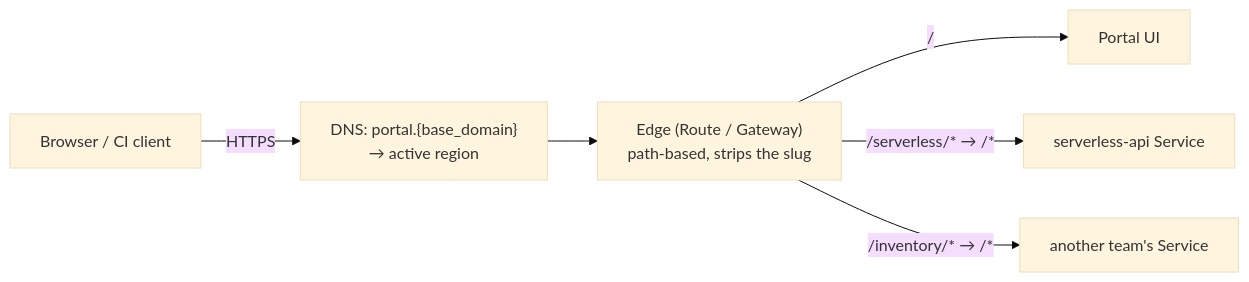
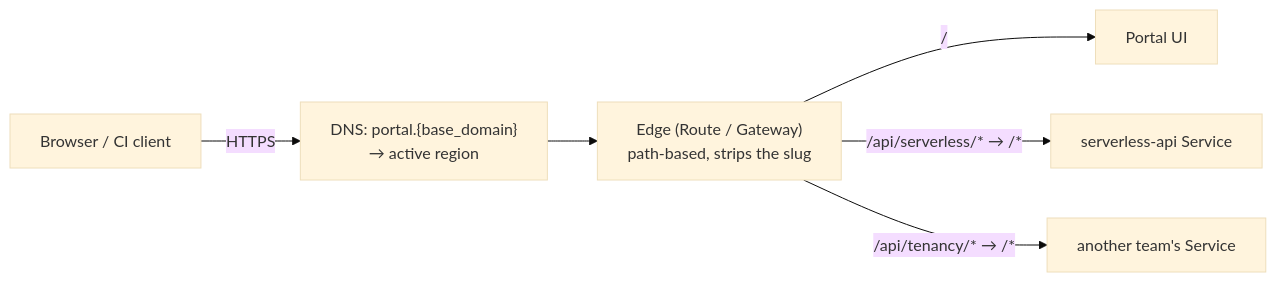
The diagram in docs/PORTAL-INTEGRATION.md (black-cloudlet/serverless), drawn with Mermaid (base theme) before and after one commit. The commit also changed other lines of this file, not shown here.

````diff
--- a/docs/PORTAL-INTEGRATION.md
+++ b/docs/PORTAL-INTEGRATION.md
@@ -120,8 +167,8 @@
 ```mermaid
 flowchart LR
     B["Browser / CI client"] -->|HTTPS| DNS["DNS: portal.{base_domain}<br/>→ active region"]
     DNS --> E["Edge (Route / Gateway)<br/>path-based, strips the slug"]
     E -->|"/"| P["Portal UI"]
-    E -->|"/serverless/* → /*"| S["serverless-api Service"]
-    E -->|"/inventory/* → /*"| I["another team's Service"]
+    E -->|"/api/serverless/* → /*"| S["serverless-api Service"]
+    E -->|"/api/tenancy/* → /*"| I["another team's Service"]
 ```
````
